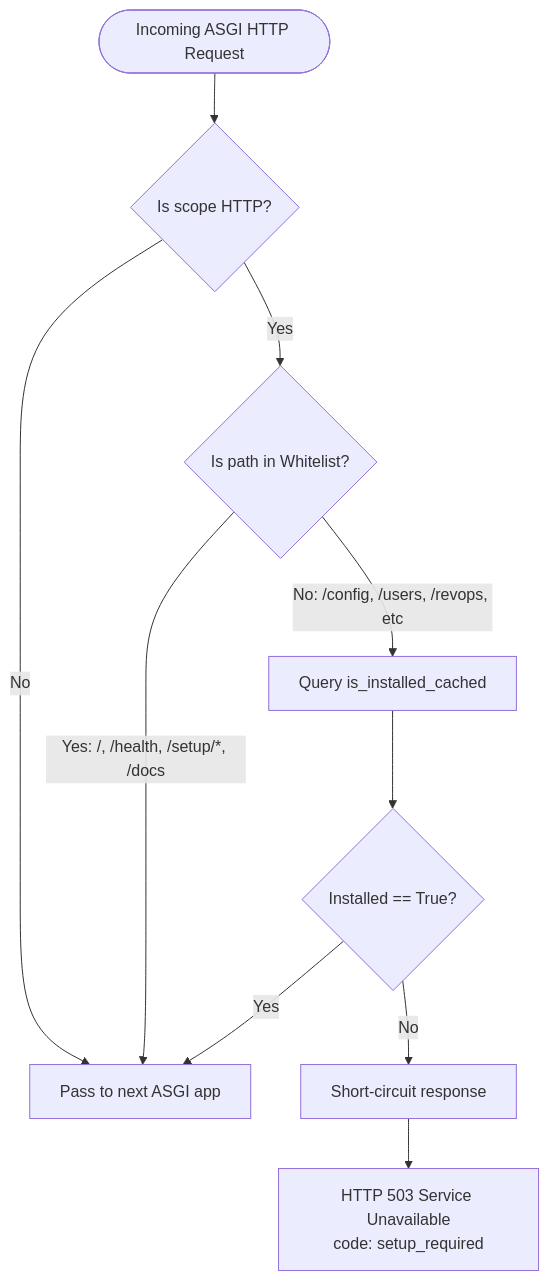
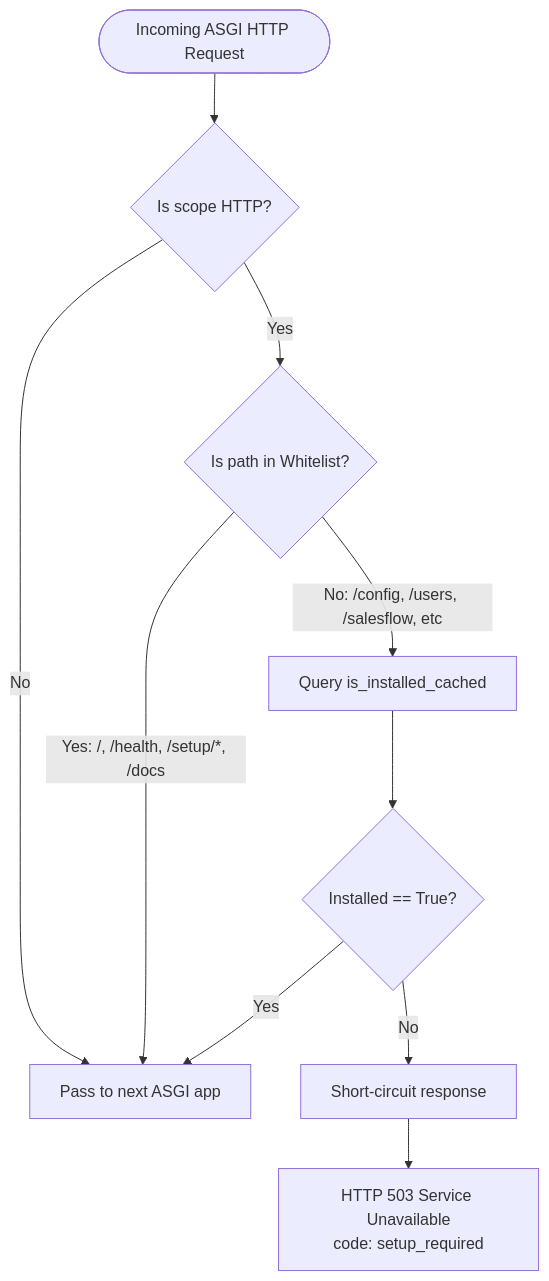
One commit to innostes-dev/erp changed the second of 4 diagrams in docs/setup-api-architecture.md. Above: the diagram before and after it, drawn with Mermaid. The commit also changed other lines of this file and 94 other files, not shown here.

Commit message:
refactor(modules): rename CRM module from revops to salesflow across platform and docs

````diff
--- a/docs/setup-api-architecture.md
+++ b/docs/setup-api-architecture.md
@@ -144,14 +144,14 @@
 ```mermaid
 flowchart TD
     Req([Incoming ASGI HTTP Request]) --> ScopeCheck{Is scope HTTP?}
     ScopeCheck -- No --> Passthrough[Pass to next ASGI app]
     ScopeCheck -- Yes --> PathCheck{Is path in Whitelist?}
     
     PathCheck -- Yes: /, /health, /setup/*, /docs --> Passthrough
-    PathCheck -- No: /config, /users, /revops, etc --> CacheCheck[Query is_installed_cached]
+    PathCheck -- No: /config, /users, /salesflow, etc --> CacheCheck[Query is_installed_cached]
     
     CacheCheck --> DBCheck{Installed == True?}
     DBCheck -- Yes --> Passthrough
     DBCheck -- No --> Abort[Short-circuit response]
     Abort --> Emit503[HTTP 503 Service Unavailable\ncode: setup_required]
 ```
````
